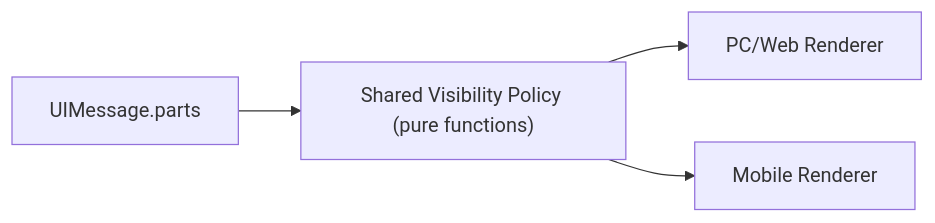
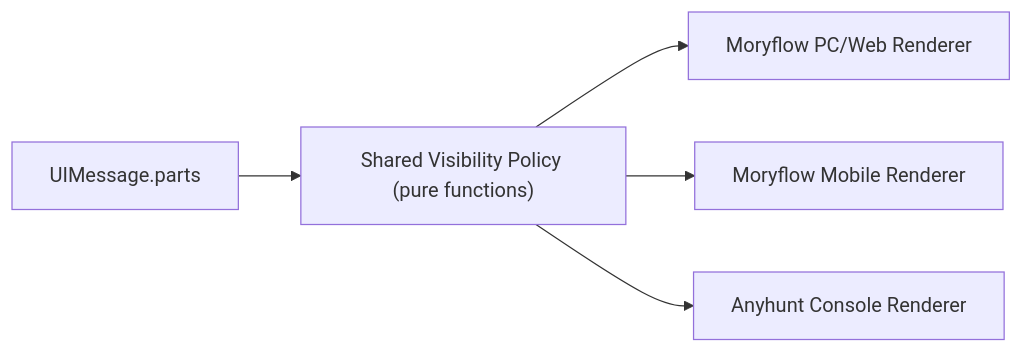
One commit to dvlin-dev/moryflow changed the diagram in docs/design/moryflow/features/chat-tool-reasoning-consumer-ui-plan.md. Above: the diagram before and after it, drawn with Mermaid. The commit also changed other lines of this file and 20 other files, not shown here.

````diff
--- a/docs/design/moryflow/features/chat-tool-reasoning-consumer-ui-plan.md
+++ b/docs/design/moryflow/features/chat-tool-reasoning-consumer-ui-plan.md
@@ -144,6 +147,7 @@
 ```mermaid
 flowchart LR
   A["UIMessage.parts"] --> B["Shared Visibility Policy (pure functions)"]
-  B --> C["PC/Web Renderer"]
-  B --> D["Mobile Renderer"]
+  B --> C["Moryflow PC/Web Renderer"]
+  B --> D["Moryflow Mobile Renderer"]
+  B --> E["Anyhunt Console Renderer"]
 ```
````
